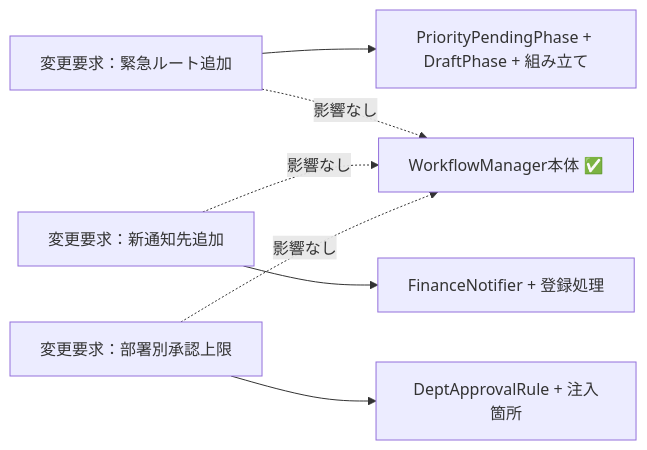
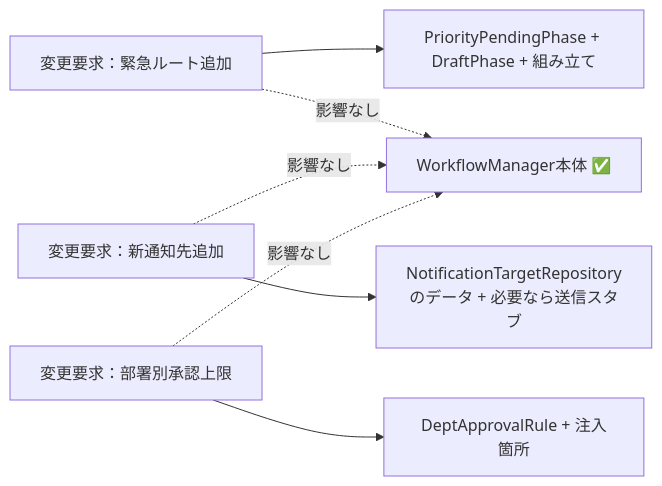
One commit to kumachan1101-pixel/DesignPattern changed the eighth of 10 diagrams in kindle/design-patterns/output/chapter12.md. Above: the diagram before and after it, drawn with Mermaid. The commit also changed other lines of this file and 1 other file, not shown here.

````diff
--- a/kindle/design-patterns/output/chapter12.md
+++ b/kindle/design-patterns/output/chapter12.md
@@ -1778,10 +1895,10 @@
 ```mermaid
 graph LR
     T1["変更要求：緊急ルート追加"]
         --> F1["PriorityPendingPhase + DraftPhase + 組み立て"]
     T1 -. "影響なし" .-> A["WorkflowManager本体 ✅"]
-    T2["変更要求：新通知先追加"] --> F2["FinanceNotifier + 登録処理"]
+    T2["変更要求：新通知先追加"] --> F2["NotificationTargetRepositoryのデータ + 必要なら送信スタブ"]
     T2 -. "影響なし" .-> A
     T3["変更要求：部署別承認上限"] --> F3["DeptApprovalRule + 注入箇所"]
     T3 -. "影響なし" .-> A
 ```
````
